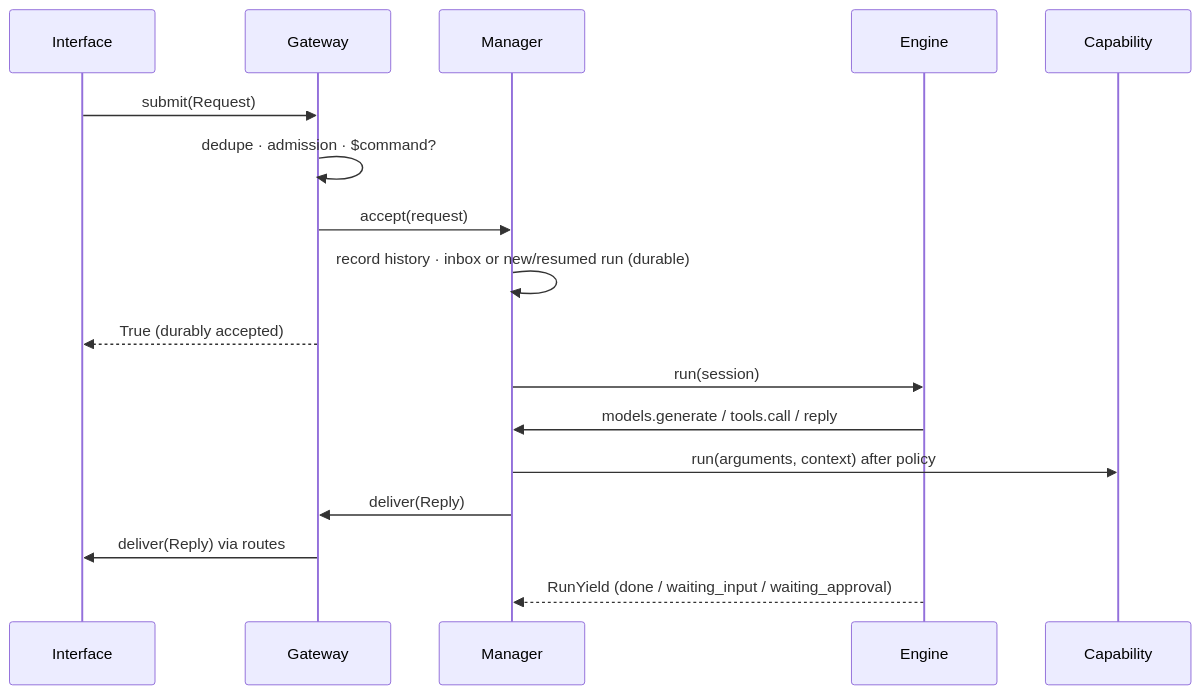
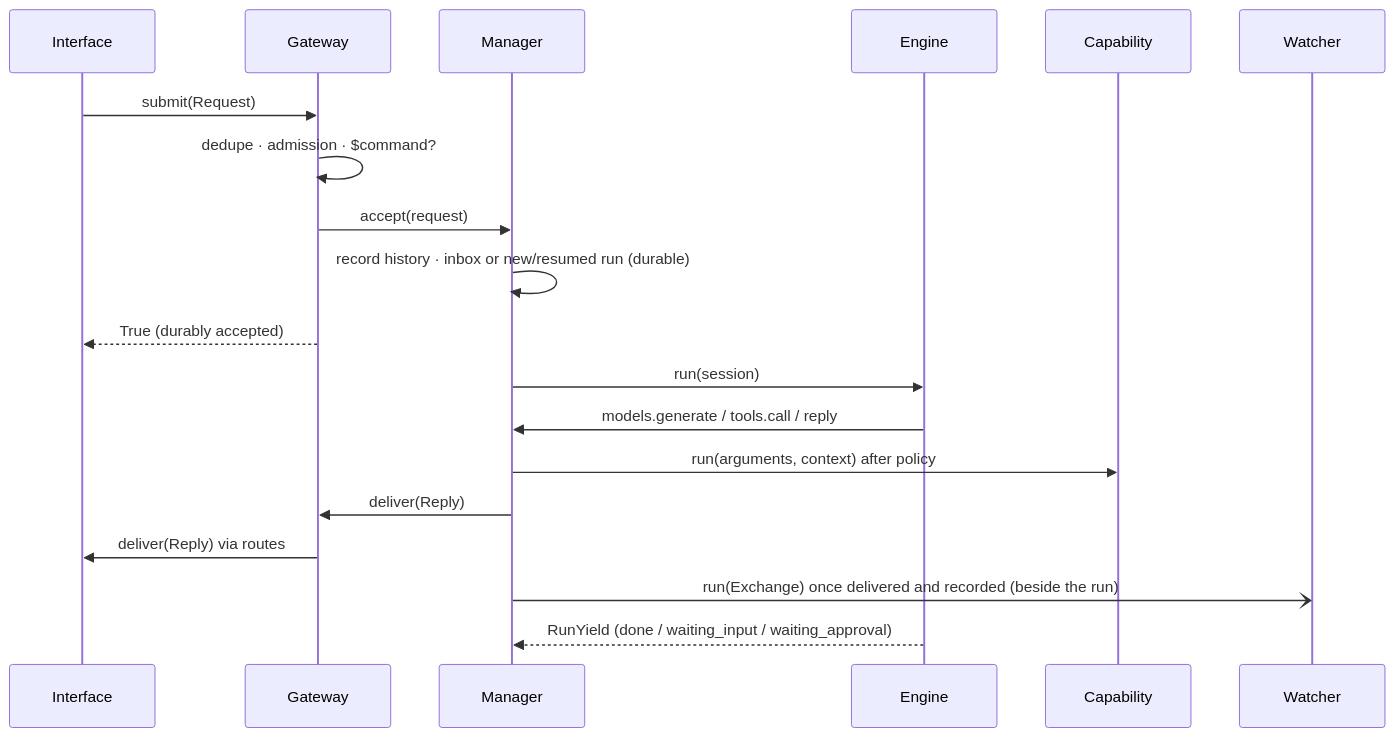
The second of 3 diagrams in docs/core/ARCHITECTURE.md (RustColeone/DiscordStudyBot), drawn with Mermaid before and after one commit. The commit also changed other lines of this file and 89 other files, not shown here.

````diff
--- a/docs/core/ARCHITECTURE.md
+++ b/docs/core/ARCHITECTURE.md
@@ -68,19 +68,21 @@
 ```mermaid
 sequenceDiagram
     participant I as Interface
     participant G as Gateway
     participant M as Manager
     participant E as Engine
     participant C as Capability
+    participant W as Watcher
     I->>G: submit(Request)
     G->>G: dedupe · admission · $command?
     G->>M: accept(request)
     M->>M: record history · inbox or new/resumed run (durable)
     G-->>I: True (durably accepted)
     M->>E: run(session)
     E->>M: models.generate / tools.call / reply
     M->>C: run(arguments, context) after policy
     M->>G: deliver(Reply)
     G->>I: deliver(Reply) via routes
+    M-)W: run(Exchange) once delivered and recorded (beside the run)
     E-->>M: RunYield (done / waiting_input / waiting_approval)
 ```
````
